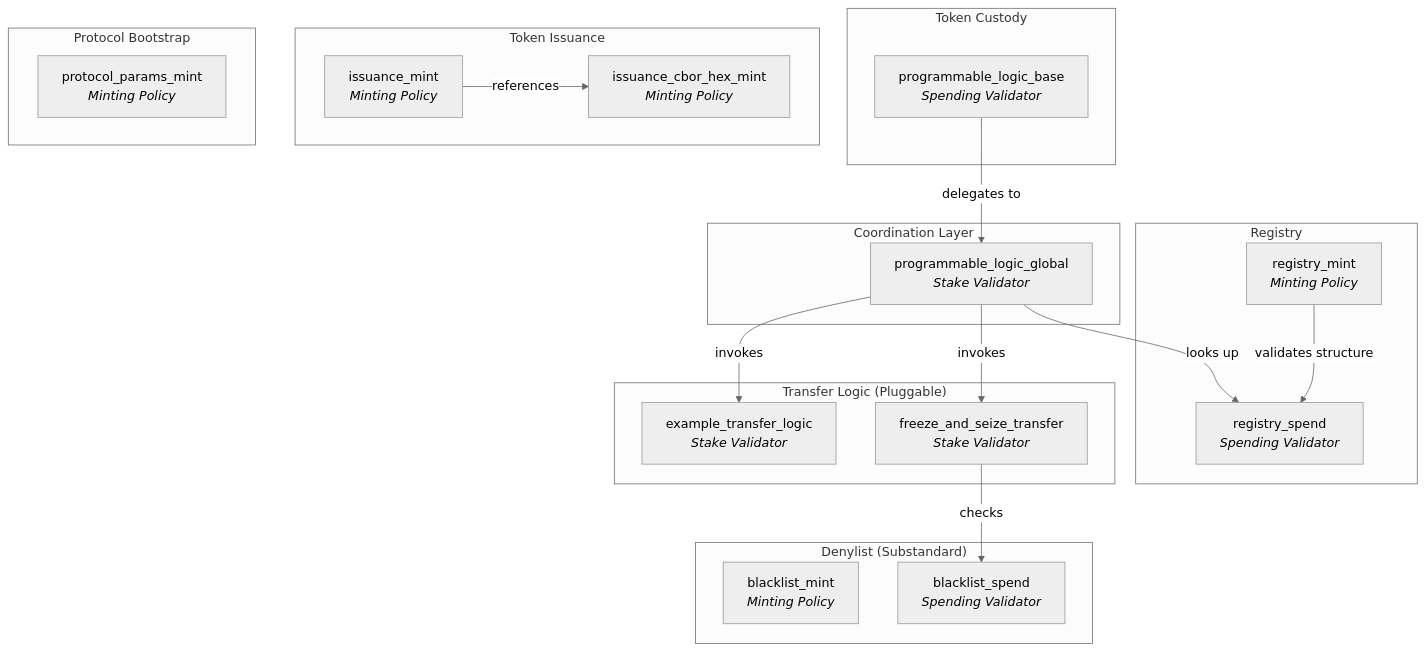
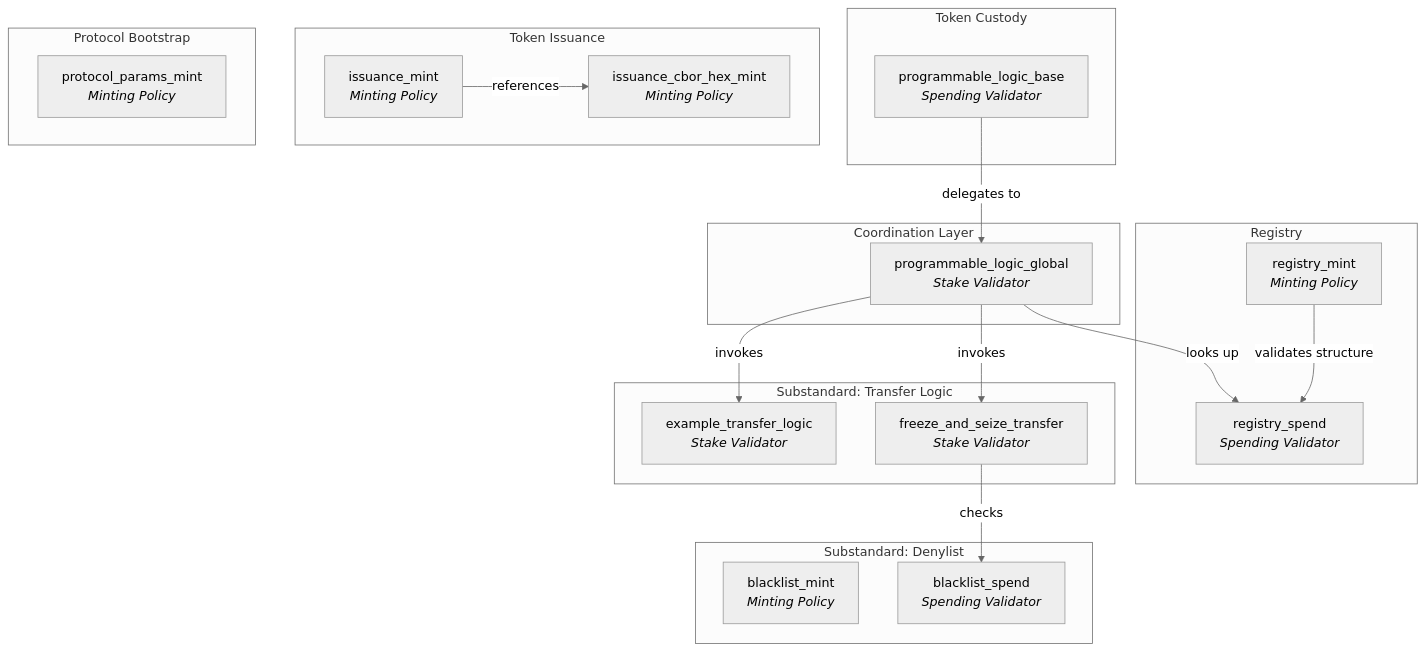
Before and after one commit to cardano-foundation/cip113-programmable-tokens: the first of 3 diagrams in src/programmable-tokens-onchain-aiken/documentation/02-ARCHITECTURE.md, drawn with Mermaid (neutral theme). The commit also changed other lines of this file and 2 other files, not shown here.

````diff
--- a/src/programmable-tokens-onchain-aiken/documentation/02-ARCHITECTURE.md
+++ b/src/programmable-tokens-onchain-aiken/documentation/02-ARCHITECTURE.md
@@ -56,42 +56,42 @@
 ```mermaid
 graph TB
     subgraph "Token Custody"
         PLB[programmable_logic_base<br/><i>Spending Validator</i>]
     end
 
     subgraph "Coordination Layer"
         PLG[programmable_logic_global<br/><i>Stake Validator</i>]
     end
 
     subgraph "Registry"
         RM[registry_mint<br/><i>Minting Policy</i>]
         RS[registry_spend<br/><i>Spending Validator</i>]
     end
 
     subgraph "Token Issuance"
         IM[issuance_mint<br/><i>Minting Policy</i>]
         ICH[issuance_cbor_hex_mint<br/><i>Minting Policy</i>]
     end
 
     subgraph "Protocol Bootstrap"
         PP[protocol_params_mint<br/><i>Minting Policy</i>]
     end
 
-    subgraph "Transfer Logic (Pluggable)"
+    subgraph "Substandard: Transfer Logic"
         TL[example_transfer_logic<br/><i>Stake Validator</i>]
         FES[freeze_and_seize_transfer<br/><i>Stake Validator</i>]
     end
 
-    subgraph "Denylist (Substandard)"
+    subgraph "Substandard: Denylist"
         BM[blacklist_mint<br/><i>Minting Policy</i>]
         BS[blacklist_spend<br/><i>Spending Validator</i>]
     end
 
     PLB -->|"delegates to"| PLG
     PLG -->|"looks up"| RS
     PLG -->|"invokes"| TL
     PLG -->|"invokes"| FES
     FES -->|"checks"| BS
     RM -->|"validates structure"| RS
     IM -->|"references"| ICH
 ```
````
